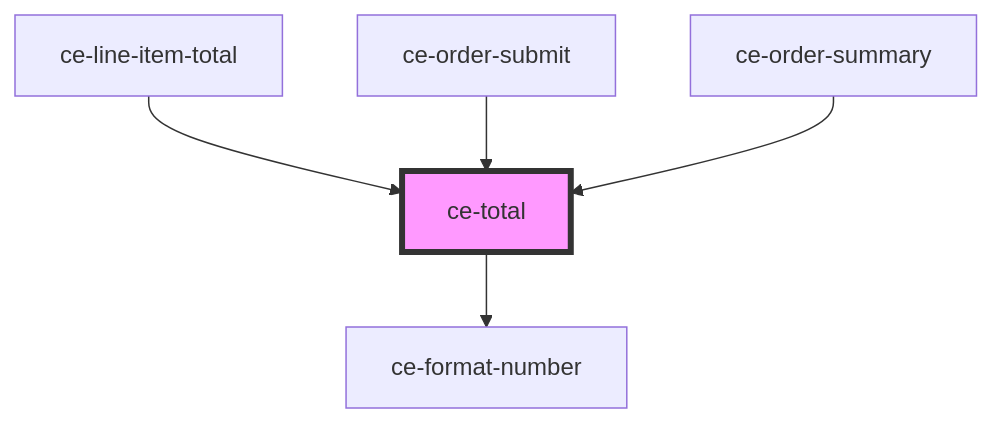
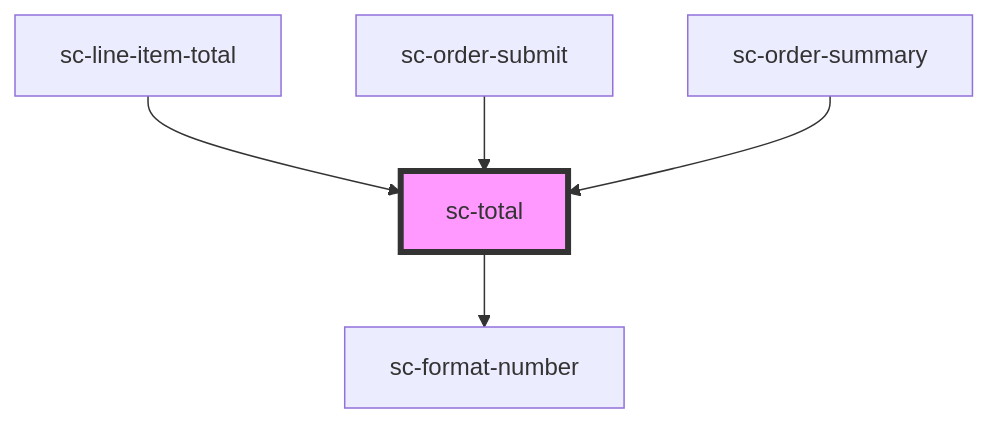
Before and after one commit to surecart/surecart-wp-plugin: the diagram in packages/components/src/components/controllers/checkout-form/total/readme.md, drawn with Mermaid. The commit also changed other lines of this file and 1281 other files, not shown here.

````diff
--- a/packages/components/src/components/controllers/checkout-form/total/readme.md
+++ b/packages/components/src/components/controllers/checkout-form/total/readme.md
@@ -29,8 +29,8 @@
 ```mermaid
 graph TD;
-  ce-total --> ce-format-number
-  ce-line-item-total --> ce-total
-  ce-order-submit --> ce-total
-  ce-order-summary --> ce-total
-  style ce-total fill:#f9f,stroke:#333,stroke-width:4px
+  sc-total --> sc-format-number
+  sc-line-item-total --> sc-total
+  sc-order-submit --> sc-total
+  sc-order-summary --> sc-total
+  style sc-total fill:#f9f,stroke:#333,stroke-width:4px
 ```
````
